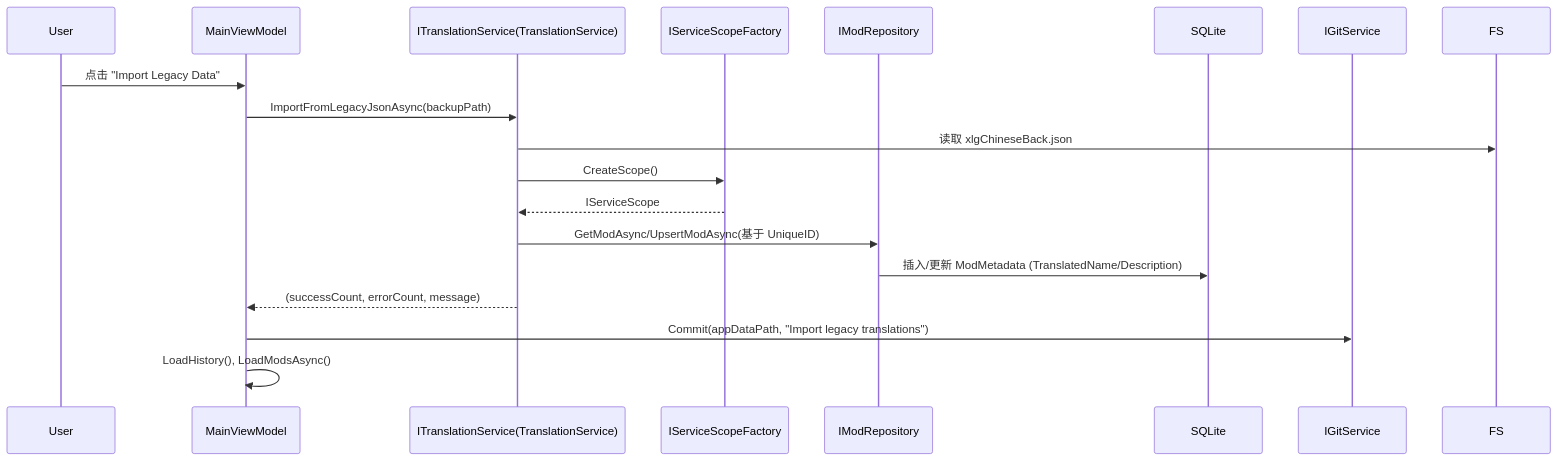
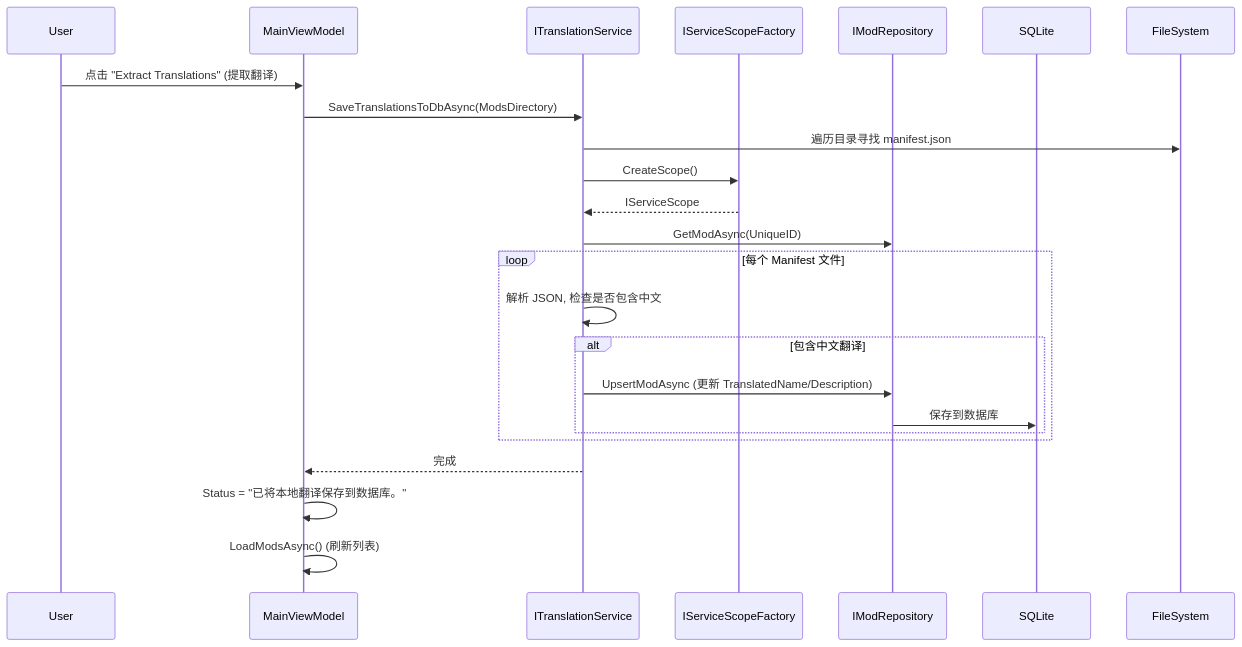
Before and after one commit to Sisyphean-a/SMTMS: the eighth of 10 diagrams in docs/ARCHITECTURE.md, drawn with Mermaid. The commit also changed other lines of this file and 6 other files, not shown here.

````diff
--- a/docs/ARCHITECTURE.md
+++ b/docs/ARCHITECTURE.md
@@ -218,24 +218,30 @@
 ```mermaid
 sequenceDiagram
     participant U as User
     participant VM as MainViewModel
-    participant TS as ITranslationService(TranslationService)
+    participant TS as ITranslationService
     participant Scope as IServiceScopeFactory
     participant Repo as IModRepository
     participant DB as SQLite
-    participant Git as IGitService
+    participant FS as FileSystem
 
-    U->>VM: 点击 "Import Legacy Data"
-    VM->>TS: ImportFromLegacyJsonAsync(backupPath)
+    U->>VM: 点击 "Extract Translations" (提取翻译)
+    VM->>TS: SaveTranslationsToDbAsync(ModsDirectory)
 
-    TS->>FS: 读取 xlgChineseBack.json
+    TS->>FS: 遍历目录寻找 manifest.json
     TS->>Scope: CreateScope()
     Scope-->>TS: IServiceScope
+    TS->>Repo: GetModAsync(UniqueID)
 
-    TS->>Repo: GetModAsync/UpsertModAsync(基于 UniqueID)
-    Repo->>DB: 插入/更新 ModMetadata (TranslatedName/Description)
+    loop 每个 Manifest 文件
+        TS->>TS: 解析 JSON, 检查是否包含中文
+        alt 包含中文翻译
+            TS->>Repo: UpsertModAsync (更新 TranslatedName/Description)
+            Repo->>DB: 保存到数据库
+        end
+    end
 
-    TS-->>VM: (successCount, errorCount, message)
-    VM->>Git: Commit(appDataPath, "Import legacy translations")
-    VM->>VM: LoadHistory(), LoadModsAsync()
+    TS-->>VM: 完成
+    VM->>VM: Status = "已将本地翻译保存到数据库。"
+    VM->>VM: LoadModsAsync() (刷新列表)
 ```
````
